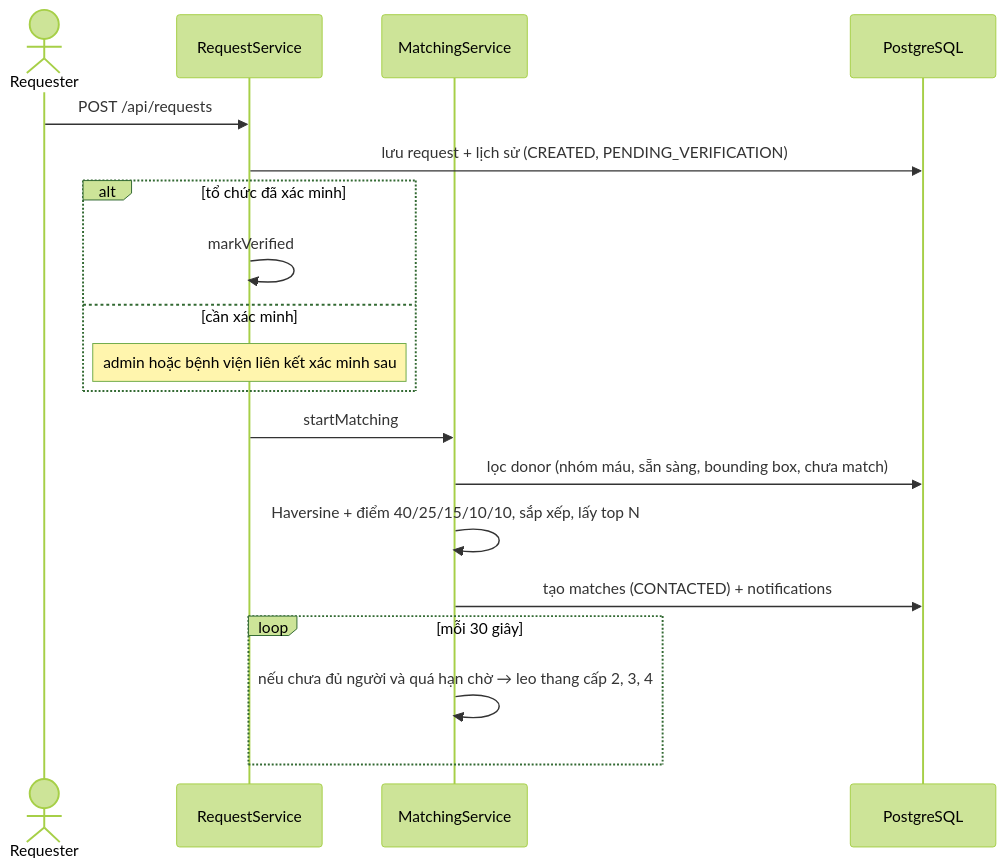
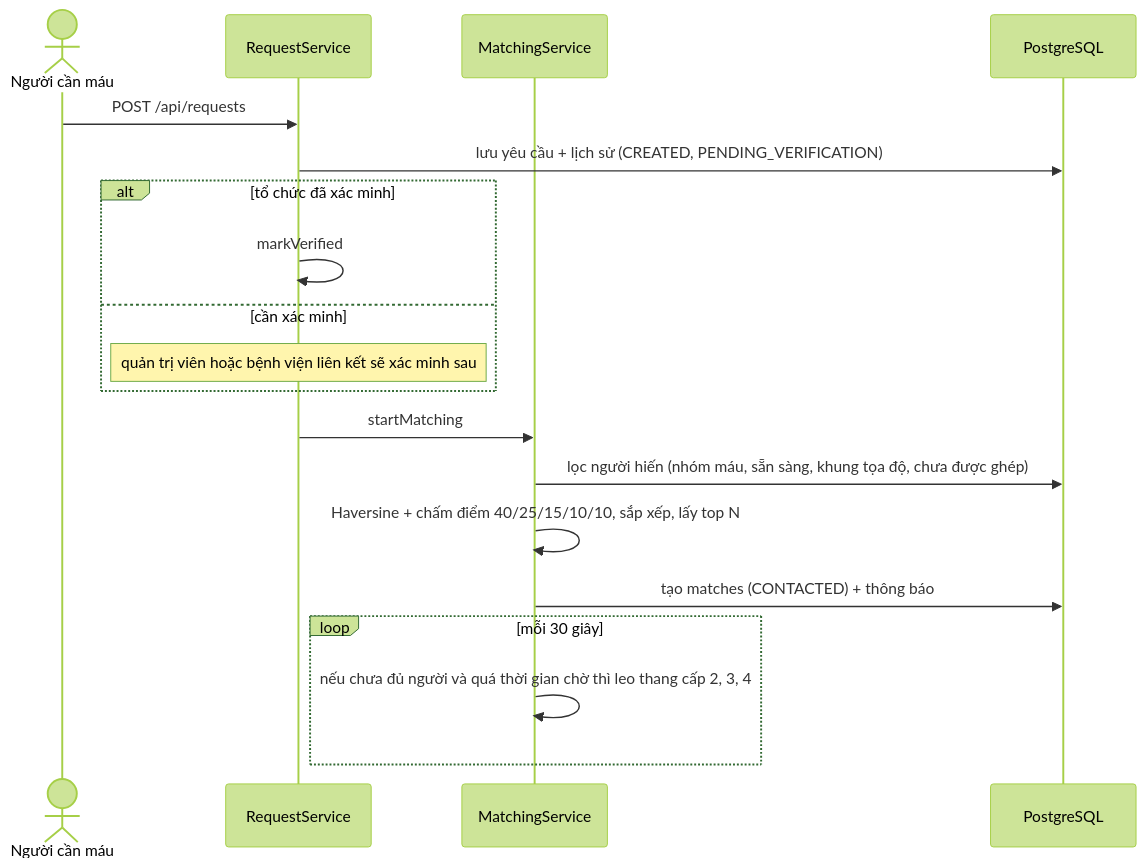
Before and after one commit to nhungoc260/lifely_demo: the fifth of 9 diagrams in docs/ARCHITECTURE.md, drawn with Mermaid (forest theme). The commit also changed other lines of this file, not shown here.

First line of the commit message:
Revise architecture and ERD sections with translations

````diff
--- a/docs/ARCHITECTURE.md
+++ b/docs/ARCHITECTURE.md
@@ -102,21 +112,21 @@
 ```mermaid
 sequenceDiagram
-  actor Q as Requester
+  actor Q as Người cần máu
   participant RS as RequestService
   participant MT as MatchingService
   participant DB as PostgreSQL
   Q->>RS: POST /api/requests
-  RS->>DB: lưu request + lịch sử (CREATED, PENDING_VERIFICATION)
+  RS->>DB: lưu yêu cầu + lịch sử (CREATED, PENDING_VERIFICATION)
   alt tổ chức đã xác minh
     RS->>RS: markVerified
   else cần xác minh
-    Note over RS: admin hoặc bệnh viện liên kết xác minh sau
+    Note over RS: quản trị viên hoặc bệnh viện liên kết sẽ xác minh sau
   end
   RS->>MT: startMatching
-  MT->>DB: lọc donor (nhóm máu, sẵn sàng, bounding box, chưa match)
-  MT->>MT: Haversine + điểm 40/25/15/10/10, sắp xếp, lấy top N
-  MT->>DB: tạo matches (CONTACTED) + notifications
+  MT->>DB: lọc người hiến (nhóm máu, sẵn sàng, khung tọa độ, chưa được ghép)
+  MT->>MT: Haversine + chấm điểm 40/25/15/10/10, sắp xếp, lấy top N
+  MT->>DB: tạo matches (CONTACTED) + thông báo
   loop mỗi 30 giây
-    MT->>MT: nếu chưa đủ người và quá hạn chờ → leo thang cấp 2, 3, 4
+    MT->>MT: nếu chưa đủ người và quá thời gian chờ thì leo thang cấp 2, 3, 4
   end
 ```
````
